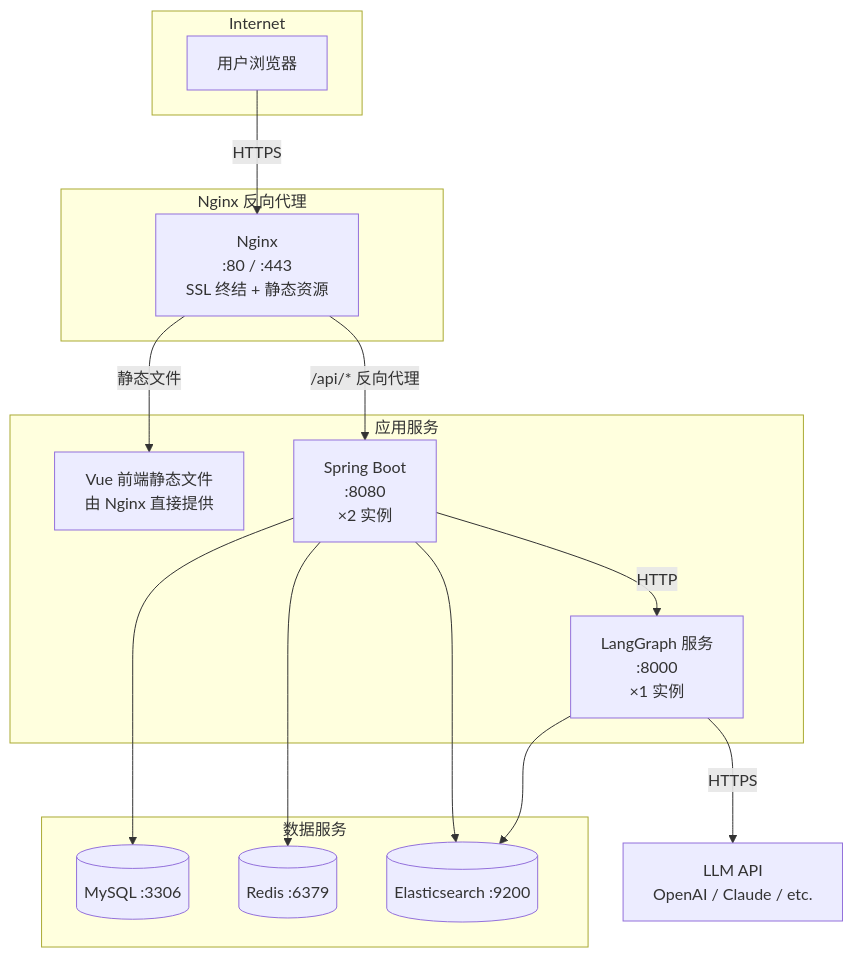
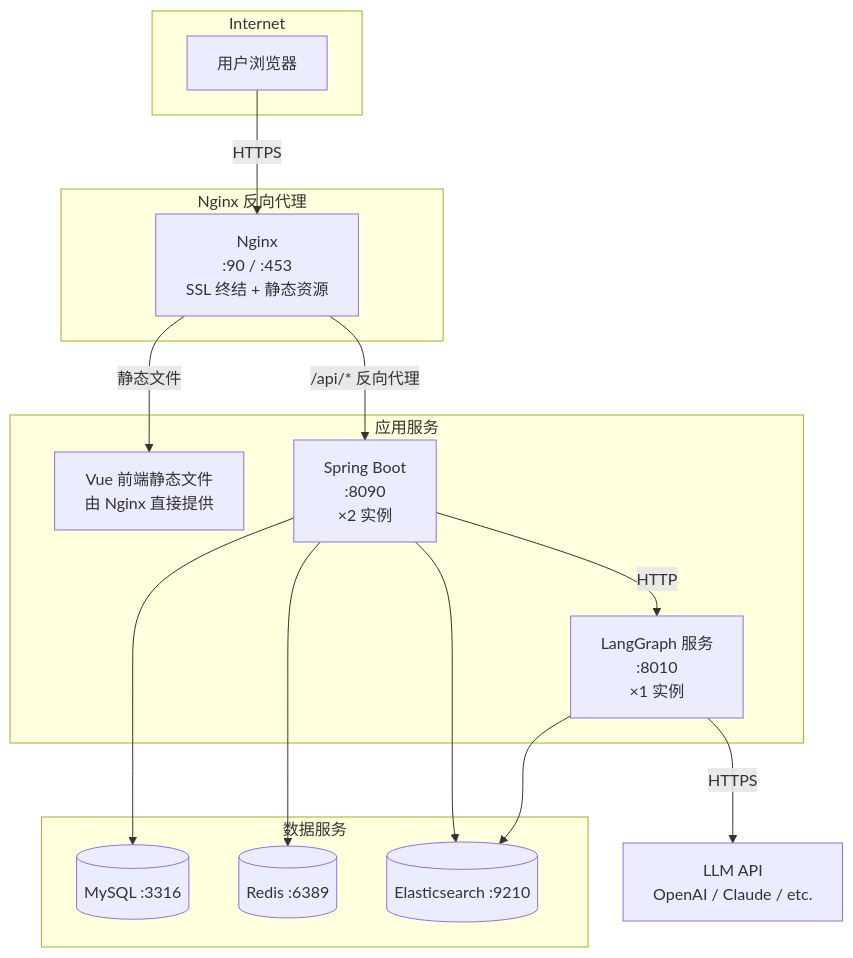
Before and after one commit to Lntanohuang/CS_Buddy: the sixth of 6 diagrams in docs/TDD.md, drawn with Mermaid. The commit also changed other lines of this file and 19 other files, not shown here.

````diff
--- a/docs/TDD.md
+++ b/docs/TDD.md
@@ -1648,30 +1648,30 @@
 ```mermaid
 graph TB
     subgraph Internet
         USER[用户浏览器]
     end
 
     subgraph Nginx["Nginx 反向代理"]
-        NG[Nginx<br/>:80 / :443<br/>SSL 终结 + 静态资源]
+        NG[Nginx<br/>:90 / :453<br/>SSL 终结 + 静态资源]
     end
 
     subgraph Services["应用服务"]
         VUE[Vue 前端静态文件<br/>由 Nginx 直接提供]
-        SB[Spring Boot<br/>:8080<br/>×2 实例]
-        AI[LangGraph 服务<br/>:8000<br/>×1 实例]
+        SB[Spring Boot<br/>:8090<br/>×2 实例]
+        AI[LangGraph 服务<br/>:8010<br/>×1 实例]
     end
 
     subgraph DataStores["数据服务"]
-        MYSQL_S[(MySQL :3306)]
-        REDIS_S[(Redis :6379)]
-        ES_S[(Elasticsearch :9200)]
+        MYSQL_S[(MySQL :3316)]
+        REDIS_S[(Redis :6389)]
+        ES_S[(Elasticsearch :9210)]
     end
 
     USER -->|HTTPS| NG
     NG -->|静态文件| VUE
     NG -->|/api/* 反向代理| SB
     SB -->|HTTP| AI
     SB --> MYSQL_S & REDIS_S & ES_S
     AI --> ES_S
     AI -->|HTTPS| LLM_API[LLM API<br/>OpenAI / Claude / etc.]
 ```
````
